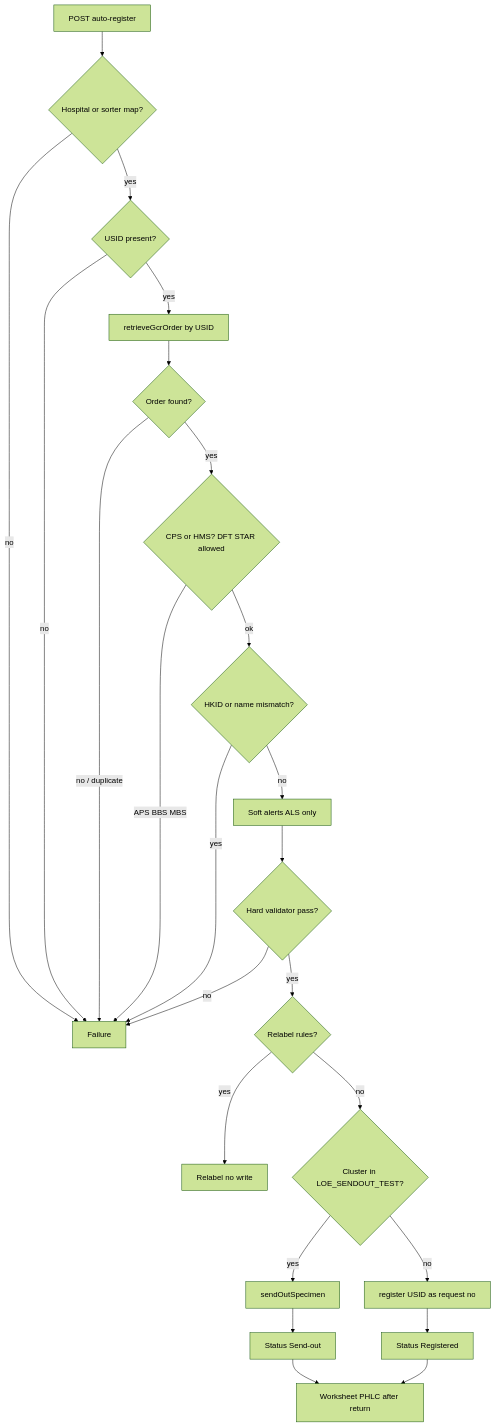
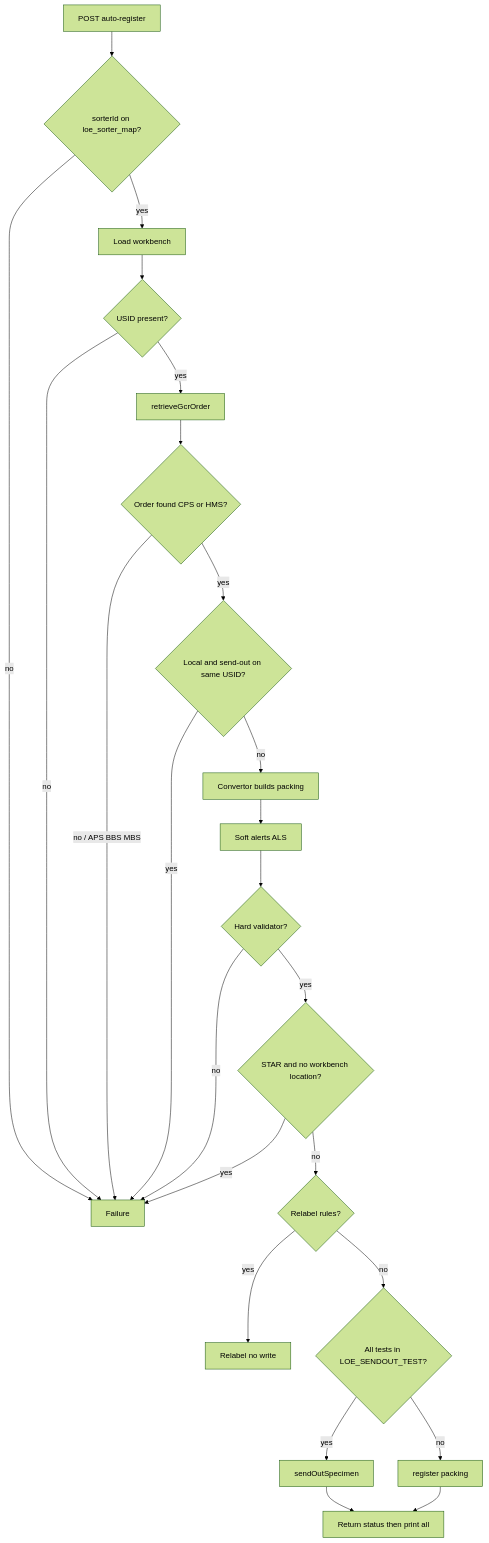
Before and after one commit to DragonChong/HA-Notes: the second of 2 diagrams in SDLC/Projects/TMP-specimen-sorter-api — Specimen Sorter API/02 System Design.md, drawn with Mermaid (forest theme). The commit also changed other lines of this file and 1 other file, not shown here.

````diff
--- a/SDLC/Projects/TMP-specimen-sorter-api — Specimen Sorter API/02 System Design.md
+++ b/SDLC/Projects/TMP-specimen-sorter-api — Specimen Sorter API/02 System Design.md
@@ -144,26 +139,26 @@
 ```mermaid
 flowchart TD
-    start[POST auto-register] --> ctx{Hospital or sorter map?}
-    ctx -->|no| fail0[Failure]
-    ctx -->|yes| usid{USID present?}
-    usid -->|no| fail0
-    usid -->|yes| ret[retrieveGcrOrder by USID]
-    ret --> found{Order found?}
-    found -->|no / duplicate| fail0
-    found -->|yes| lab{CPS or HMS? DFT STAR allowed}
-    lab -->|APS BBS MBS| fail0
-    lab -->|ok| id{HKID or name mismatch?}
-    id -->|yes| fail0
-    id -->|no| soft[Soft alerts ALS only]
-    soft --> hard{Hard validator pass?}
-    hard -->|no| fail0
-    hard -->|yes| relabel{Relabel rules?}
+    start[POST auto-register] --> map{sorterId on loe_sorter_map?}
+    map -->|no| fail[Failure]
+    map -->|yes| wb[Load workbench]
+    wb --> usid{USID present?}
+    usid -->|no| fail
+    usid -->|yes| ret[retrieveGcrOrder]
+    ret --> found{Order found CPS or HMS?}
+    found -->|no / APS BBS MBS| fail
+    found -->|yes| mix{Local and send-out on same USID?}
+    mix -->|yes| fail
+    mix -->|no| cvt[Convertor builds packing]
+    cvt --> soft[Soft alerts ALS]
+    soft --> hard{Hard validator?}
+    hard -->|no| fail
+    hard -->|yes| star{STAR and no workbench location?}
+    star -->|yes| fail
+    star -->|no| relabel{Relabel rules?}
     relabel -->|yes| rel[Relabel no write]
-    relabel -->|no| so{Cluster in LOE_SENDOUT_TEST?}
+    relabel -->|no| so{All tests in LOE_SENDOUT_TEST?}
     so -->|yes| send[sendOutSpecimen]
-    so -->|no| reg[register USID as request no]
-    send --> okSO[Status Send-out]
-    reg --> okReg[Status Registered]
-    okSO --> post[Worksheet PHLC after return]
-    okReg --> post
+    so -->|no| reg[register packing]
+    send --> post[Return status then print all]
+    reg --> post
 ```
````
